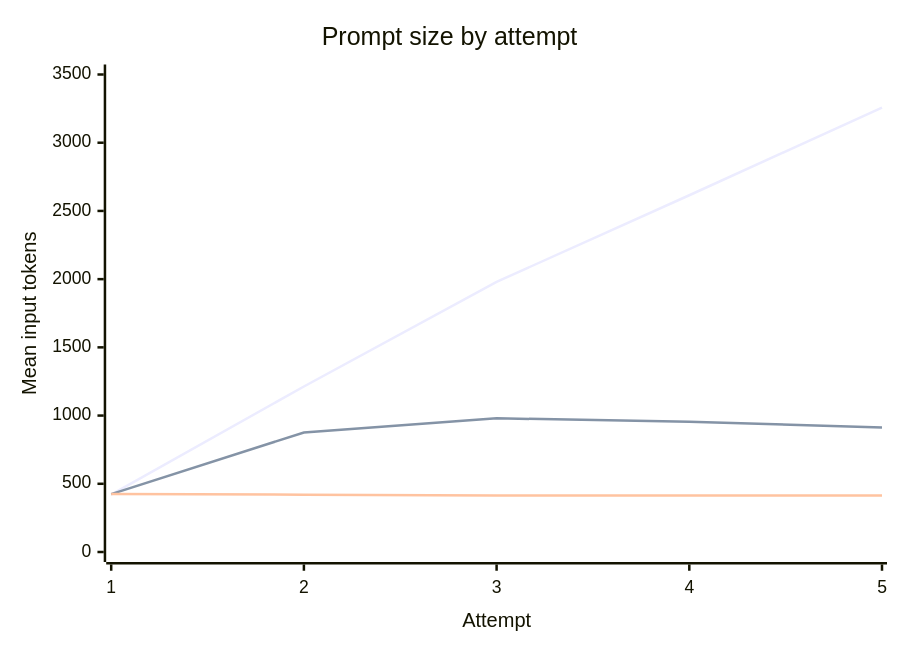
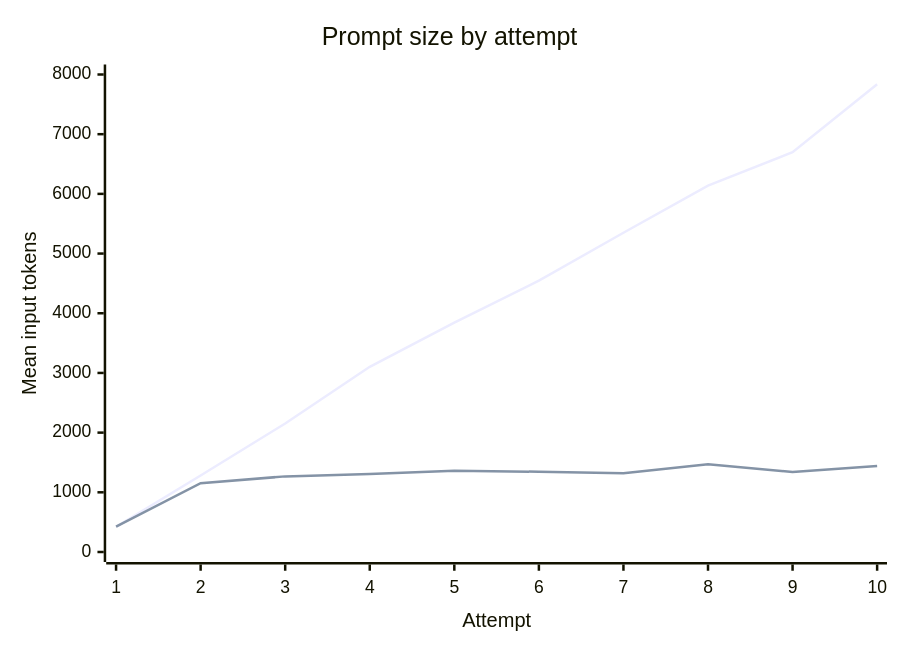
Before and after one commit to default2543/tokenOS: the first of 2 diagrams in README.md, drawn with Mermaid. The commit also changed other lines of this file and 6 other files, not shown here.

````diff
--- a/README.md
+++ b/README.md
@@ -76,9 +64,8 @@
 ```mermaid
 xychart-beta
     title "Prompt size by attempt"
-    x-axis "Attempt" [1, 2, 3, 4, 5]
-    y-axis "Mean input tokens" 0 --> 3500
-    line "Full history" [420, 1213, 1980, 2615, 3258]
-    line "PatchSearch + code" [424, 876, 980, 955, 912]
-    line "No memory" [426, 420, 415, 415, 415]
+    x-axis "Attempt" [1, 2, 3, 4, 5, 6, 7, 8, 9, 10]
+    y-axis "Mean input tokens" 0 --> 8000
+    line "Full history" [420, 1281, 2153, 3103, 3844, 4546, 5349, 6138, 6697, 7836]
+    line "TokenOS" [424, 1152, 1267, 1305, 1360, 1345, 1318, 1471, 1341, 1442]
 ```
````
